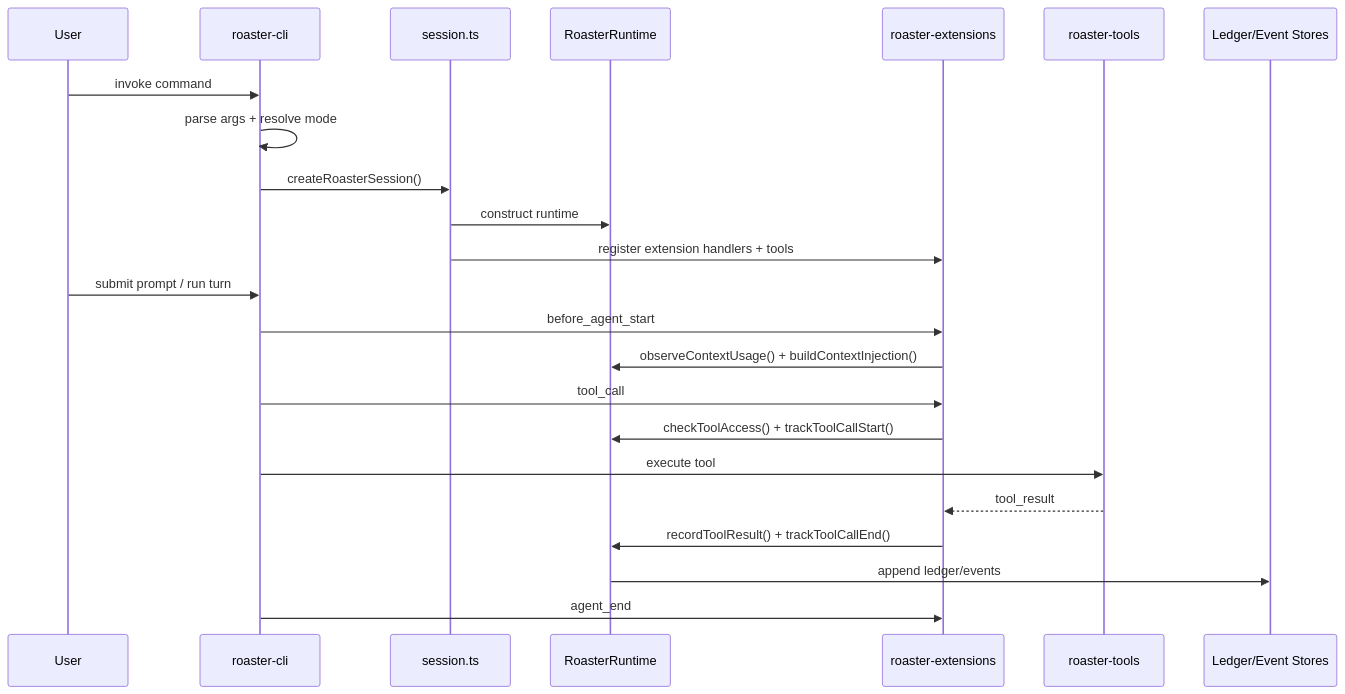
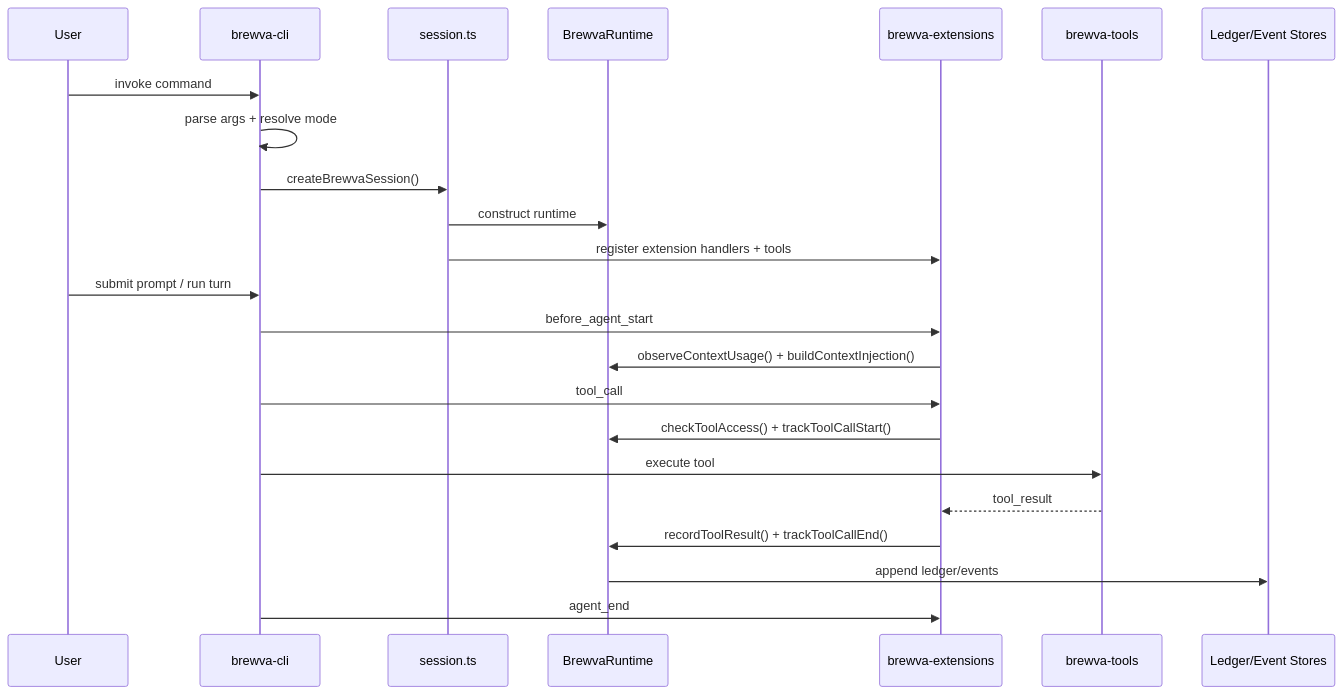
One commit to arcthur/brewva changed the first of 5 diagrams in docs/architecture/control-and-data-flow.md. Above: the diagram before and after it, drawn with Mermaid. The commit also changed other lines of this file and 252 other files, not shown here.

First line of the commit message:
chore: rename project from pi-roaster to brewva

````diff
--- a/docs/architecture/control-and-data-flow.md
+++ b/docs/architecture/control-and-data-flow.md
@@ -8,26 +8,26 @@
 ```mermaid
 sequenceDiagram
   participant U as User
-  participant CLI as roaster-cli
+  participant CLI as brewva-cli
   participant SES as session.ts
-  participant RT as RoasterRuntime
-  participant EXT as roaster-extensions
-  participant TOOLS as roaster-tools
+  participant RT as BrewvaRuntime
+  participant EXT as brewva-extensions
+  participant TOOLS as brewva-tools
   participant STORES as Ledger/Event Stores
 
   U->>CLI: invoke command
   CLI->>CLI: parse args + resolve mode
-  CLI->>SES: createRoasterSession()
+  CLI->>SES: createBrewvaSession()
   SES->>RT: construct runtime
   SES->>EXT: register extension handlers + tools
   U->>CLI: submit prompt / run turn
   CLI->>EXT: before_agent_start
   EXT->>RT: observeContextUsage() + buildContextInjection()
   CLI->>EXT: tool_call
   EXT->>RT: checkToolAccess() + trackToolCallStart()
   CLI->>TOOLS: execute tool
   TOOLS-->>EXT: tool_result
   EXT->>RT: recordToolResult() + trackToolCallEnd()
   RT->>STORES: append ledger/events
   CLI->>EXT: agent_end
 ```
````
